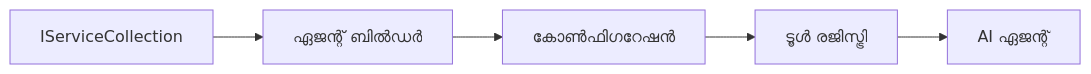
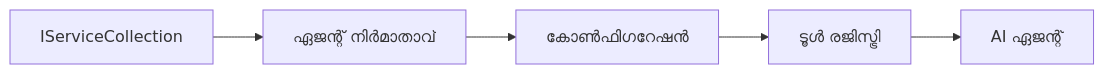
One commit to microsoft/ai-agents-for-beginners changed the diagram in translations/ml/03-agentic-design-patterns/code_samples/03-dotnet-agent-framework.md. Above: the diagram before and after it, drawn with Mermaid. The commit also changed other lines of this file and 224 other files, not shown here.

````diff
--- a/translations/ml/03-agentic-design-patterns/code_samples/03-dotnet-agent-framework.md
+++ b/translations/ml/03-agentic-design-patterns/code_samples/03-dotnet-agent-framework.md
@@ -41,7 +41,7 @@
 ```mermaid
 graph LR
-    A[IServiceCollection] --> B[ഏജന്റ് ബിൽഡർ]
+    A[IServiceCollection] --> B[ഏജന്റ് നിർമാതാവ്]
     B --> C[കോൺഫിഗറേഷൻ]
     C --> D[ടൂൾ രജിസ്ട്രി]
     D --> E[AI ഏജന്റ്]
 ```
````
